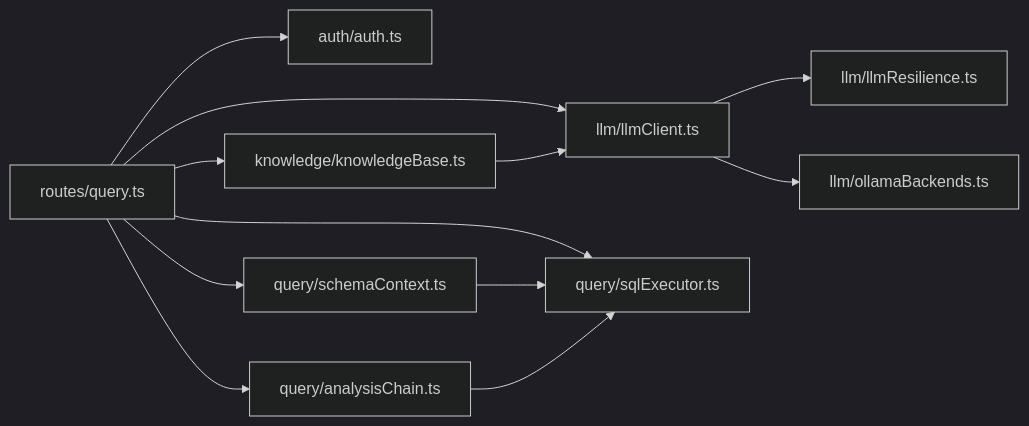
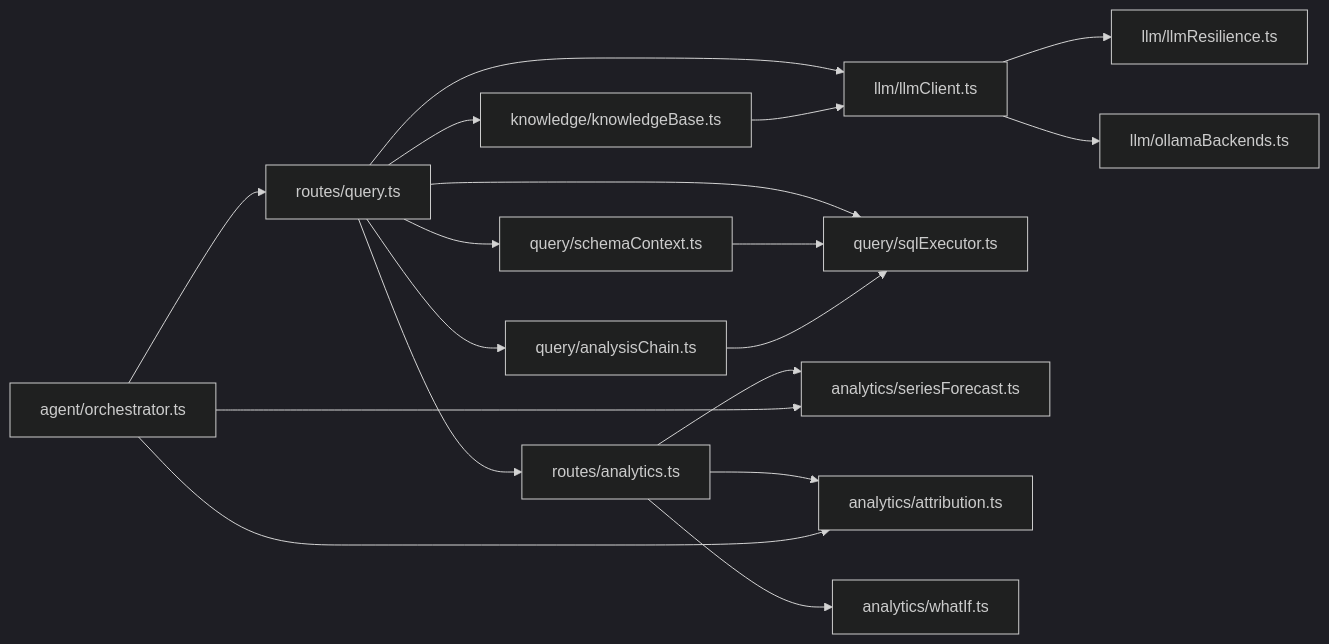
One commit to dgjin/smart-data-analytics changed diagram 12 of 12 in .qoder/repowiki/zh/content/系统架构/核心组件详解/核心组件详解.md. Above: the diagram before and after it, drawn with Mermaid (dark theme). The commit also changed other lines of this file and 141 other files, not shown here.

````diff
--- a/.qoder/repowiki/zh/content/系统架构/核心组件详解/核心组件详解.md
+++ b/.qoder/repowiki/zh/content/系统架构/核心组件详解/核心组件详解.md
@@ -341,14 +509,20 @@
 ```mermaid
 graph LR
 R["routes/query.ts"] --> A["auth/auth.ts"]
 R --> SC["query/schemaContext.ts"]
 R --> L["llm/llmClient.ts"]
 R --> K["knowledge/knowledgeBase.ts"]
 R --> SE["query/sqlExecutor.ts"]
 R --> AC["query/analysisChain.ts"]
+A["routes/analytics.ts"] --> SF["analytics/seriesForecast.ts"]
+A --> AT["analytics/attribution.ts"]
+A --> WI["analytics/whatIf.ts"]
+OR["agent/orchestrator.ts"] --> SF
+OR --> AT
+OR --> R
 L --> RES["llm/llmResilience.ts"]
 L --> OB["llm/ollamaBackends.ts"]
 SC --> SE
 AC --> SE
 K --> L
 ```
````
